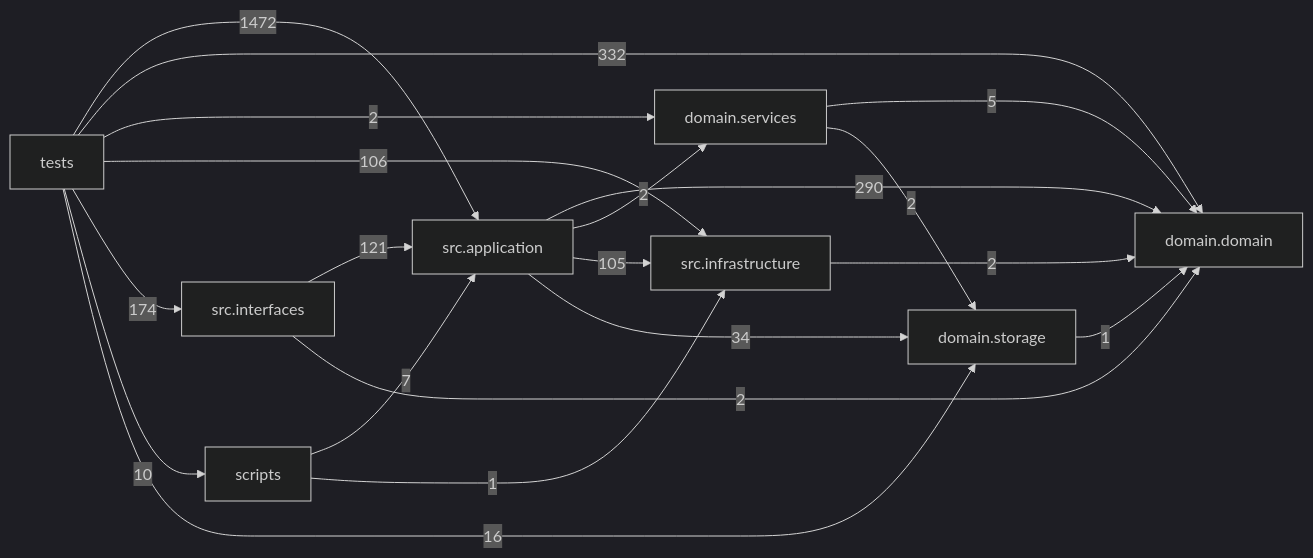
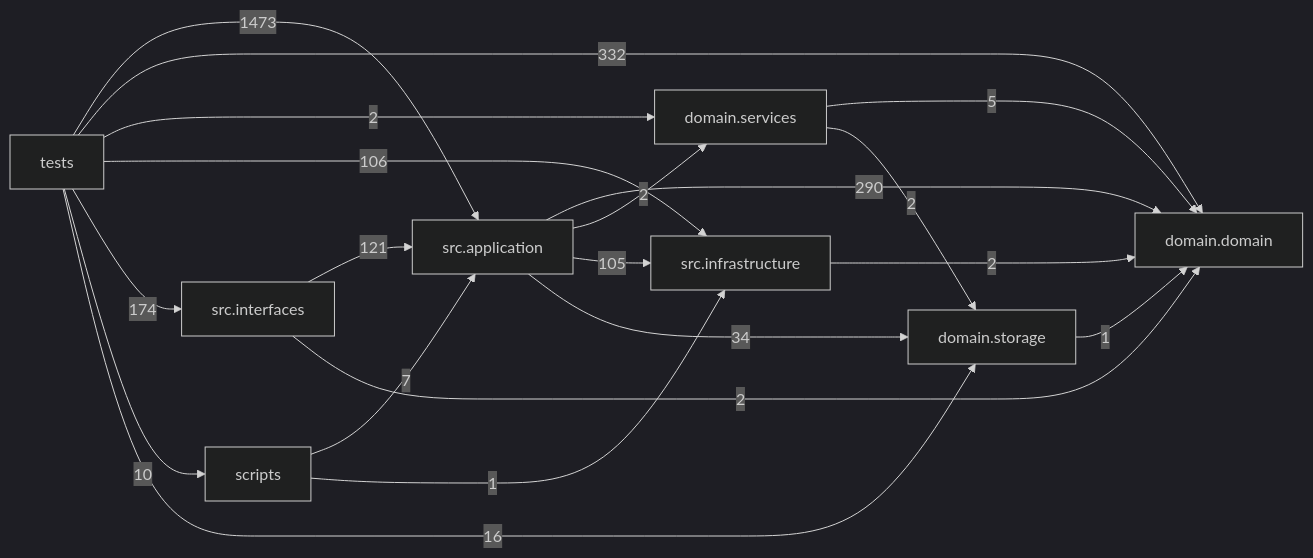
Before and after one commit to liuxie066/options-monitor: the diagram in docs/DEPENDENCY_GRAPH.md, drawn with Mermaid (dark theme). The commit also changed other lines of this file and 1 other file, not shown here.

````diff
--- a/docs/DEPENDENCY_GRAPH.md
+++ b/docs/DEPENDENCY_GRAPH.md
@@ -24,30 +24,30 @@
 ```mermaid
 flowchart LR
   tests["tests"]
   scripts["scripts"]
   interfaces["src.interfaces"]
   application["src.application"]
   infrastructure["src.infrastructure"]
   domain_services["domain.services"]
   domain["domain.domain"]
   storage["domain.storage"]
   application -->|290| domain
   application -->|2| domain_services
   application -->|105| infrastructure
   application -->|34| storage
   domain_services -->|5| domain
   domain_services -->|2| storage
   infrastructure -->|2| domain
   interfaces -->|121| application
   interfaces -->|2| domain
   scripts -->|7| application
   scripts -->|1| infrastructure
   storage -->|1| domain
-  tests -->|1472| application
+  tests -->|1473| application
   tests -->|332| domain
   tests -->|2| domain_services
   tests -->|106| infrastructure
   tests -->|174| interfaces
   tests -->|10| scripts
   tests -->|16| storage
 ```
````
